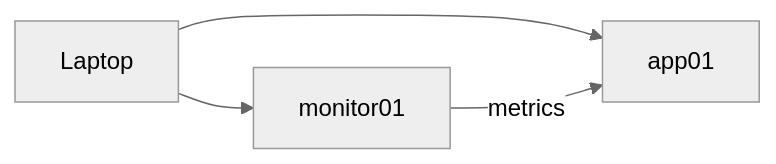
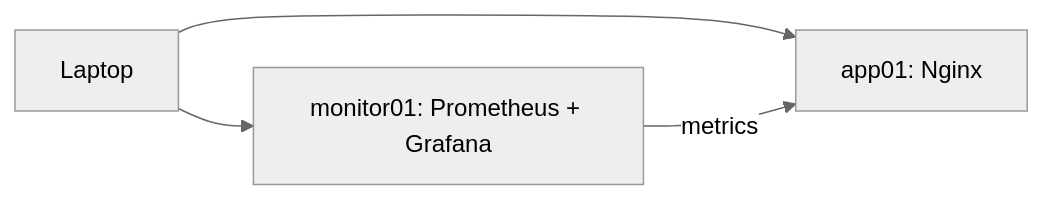
The first of 2 diagrams in docs/architecture.md (jineshptl/aws-infrastructure-migration), drawn with Mermaid (neutral theme) before and after one commit. The commit also changed other lines of this file, not shown here.

Commit message:
architecture diagram

````diff
--- a/docs/architecture.md
+++ b/docs/architecture.md
@@ -3,6 +5,6 @@
 ```mermaid
 flowchart LR
-    laptop[Laptop] --> app01
-    laptop --> monitor01
-    monitor01 -- metrics --> app01
+    me[Laptop] --> app01[app01: Nginx]
+    me --> mon[monitor01: Prometheus + Grafana]
+    mon -- metrics --> app01
 ```
````
